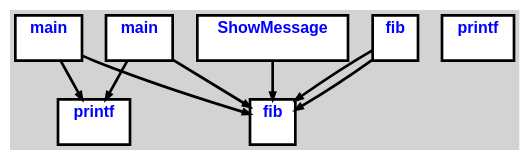
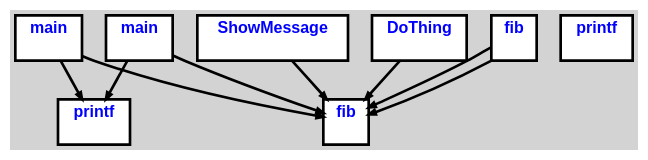
One commit to aveen007/CountingMonkeys changed the diagram in cpoCompilerWin/CG.all.dot. Above: the diagram before and after it, drawn with Graphviz. The commit also changed 27 other files, not shown here.

```diff
--- a/cpoCompilerWin/CG.all.dot
+++ b/cpoCompilerWin/CG.all.dot
@@ -1,22 +1,24 @@
 digraph G {
 ordering=out;
 ranksep=.4;
 bgcolor="lightgrey";  node [shape=box, fixedsize=false, fontsize=12, fontname="Helvetica-bold", fontcolor="blue"
 width=.25, height=.25, color="black", fillcolor="white", style="filled, solid, bold"];
 
 edge [arrowsize=.5, color="black", style="bold"]
-    n0000127C6D021D60 [label="fib\n "]
-    n0000127C6D022180 [label="printf\n "]
-    n0000127C6D022420 [label="main\n "]
-    n0000127C6D022420 -> n0000127C6D022180
-    n0000127C6D022420 -> n0000127C6D021D60
-    n0000127C6D0229C0 [label="ShowMessage\n "]
-    n0000127C6D0229C0 -> n0000127C6D021D60
-    n0000127C6D0233E0 [label="fib\n "]
-    n0000127C6D0233E0 -> n0000127C6D021D60
-    n0000127C6D0233E0 -> n0000127C6D021D60
-    n0000127C6D023BC0 [label="printf\n "]
-    n0000127C6D025060 [label="main\n "]
-    n0000127C6D025060 -> n0000127C6D022180
-    n0000127C6D025060 -> n0000127C6D021D60
+    n0000123DB3AA1D60 [label="fib\n "]
+    n0000123DB3AA2180 [label="printf\n "]
+    n0000123DB3AA2420 [label="main\n "]
+    n0000123DB3AA2420 -> n0000123DB3AA2180
+    n0000123DB3AA2420 -> n0000123DB3AA1D60
+    n0000123DB3AA2A80 [label="ShowMessage\n "]
+    n0000123DB3AA2A80 -> n0000123DB3AA1D60
+    n0000123DB3AA2EA0 [label="DoThing\n "]
+    n0000123DB3AA2EA0 -> n0000123DB3AA1D60
+    n0000123DB3AA3140 [label="fib\n "]
+    n0000123DB3AA3140 -> n0000123DB3AA1D60
+    n0000123DB3AA3140 -> n0000123DB3AA1D60
+    n0000123DB3AA3920 [label="printf\n "]
+    n0000123DB3AA4DC0 [label="main\n "]
+    n0000123DB3AA4DC0 -> n0000123DB3AA2180
+    n0000123DB3AA4DC0 -> n0000123DB3AA1D60
 }
```
